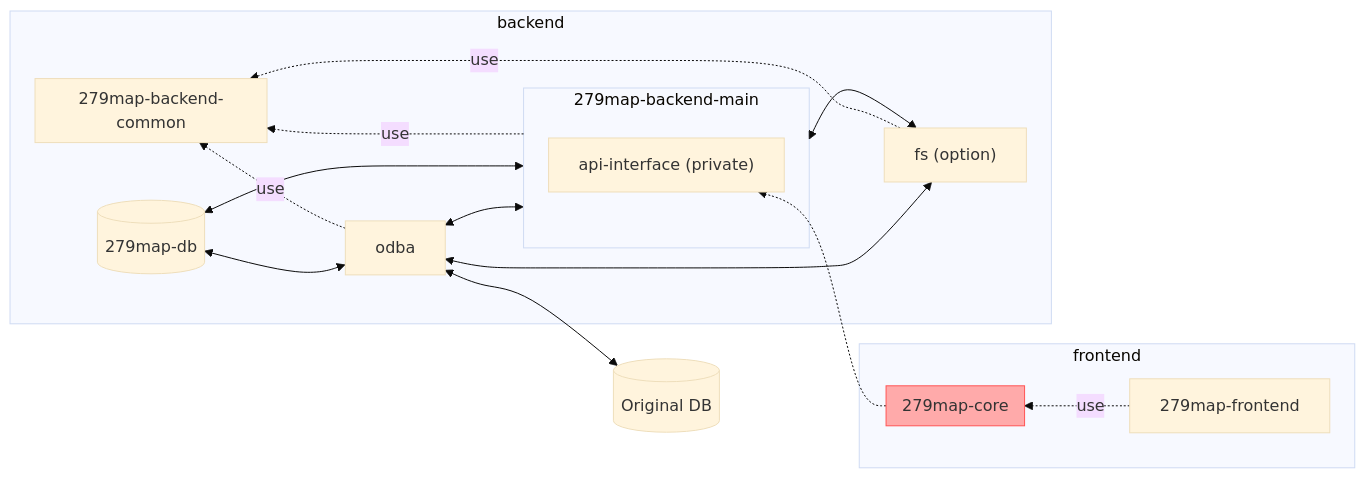
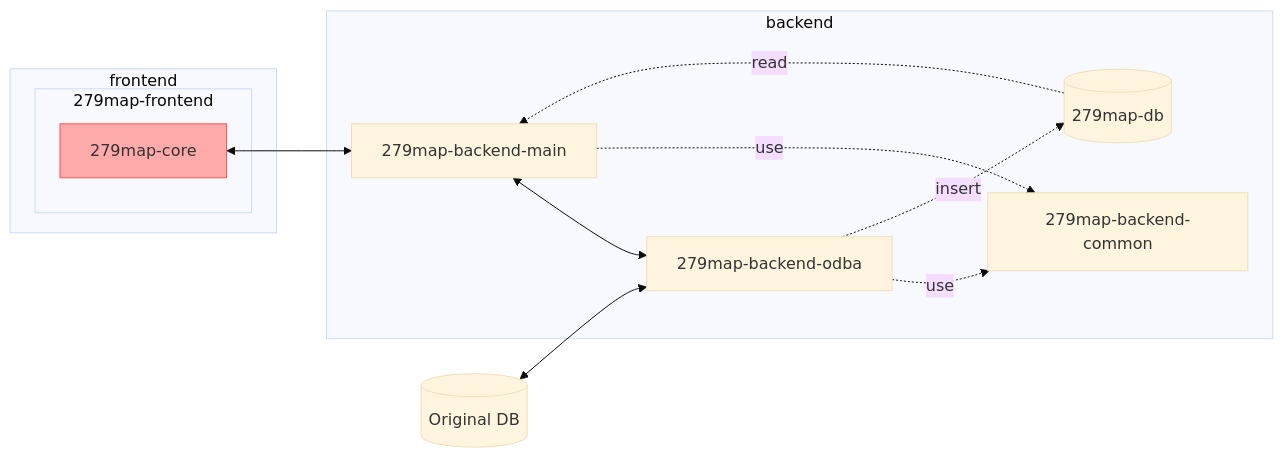
The diagram in 279map-core/README.md (satocheeen/279map), drawn with Mermaid (base theme) before and after one commit. The commit also changed 3 other files, not shown here.

````diff
--- a/279map-core/README.md
+++ b/279map-core/README.md
@@ -6,32 +6,24 @@
 ```mermaid
-flowchart RL
+flowchart LR
 	subgraph frontend
-		subgraph 279map-core
+		subgraph 279map-frontend
+			279map-core
 		end
-		279map-frontend -. use .-> 279map-core
 	end
 
 	subgraph backend
 		db[("279map-db")]
+		279map-backend-main
 
-		subgraph 279map-backend-main
-			api-interface["api-interface (private)"]
-		end
+		279map-backend-main <--> odba["279map-backend-odba"]
+		odba-."use".->279map-backend-common
+		279map-backend-main-."use".->279map-backend-common
 
-		subgraph 279map-backend-common
-		end
+		db -.read.-> 279map-backend-main
+		odba -.insert.-> db
+	end
+	279map-core <--> 279map-backend-main
+	original-db[("Original DB")] <--> odba
 
-		279map-backend-main <--> odba
-		279map-backend-main <--> db
-		odba <--> db
-		fs["fs (option)"] <--> 279map-backend-main
-		fs <--> odba
-		279map-backend-main -. use .-> 279map-backend-common
-		odba -. use .-> 279map-backend-common
-		fs -. use .-> 279map-backend-common
-	end
-	279map-core -.-> api-interface
-	original-db[("Original DB")] <--> odba
-	
 	style 279map-core fill:#faa, stroke:#f55
 ```
````
